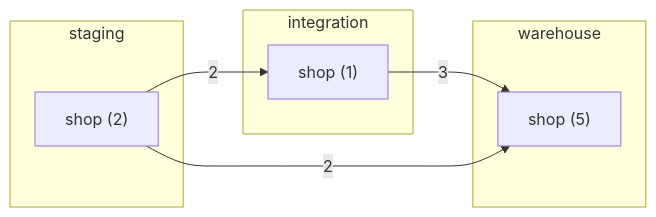
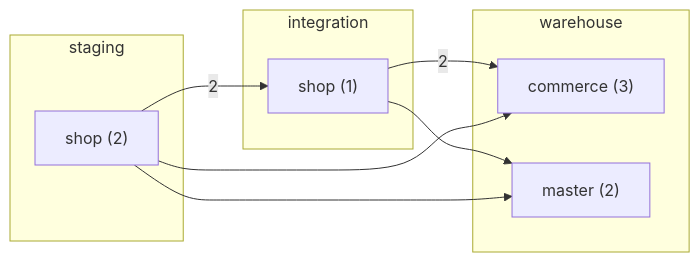
The first of 4 diagrams in docs/example/lineage.md (sav-sus/Hunter), drawn with Mermaid before and after one commit. The commit also changed other lines of this file and 130 other files, not shown here.

First line of the commit message:
Add the roadmap, verified status, layer discovery and Pages publishing

````diff
--- a/docs/example/lineage.md
+++ b/docs/example/lineage.md
@@ -5,15 +5,18 @@
 ```mermaid
 flowchart LR
   subgraph staging["staging"]
     staging__shop["shop (2)"]
   end
   subgraph integration["integration"]
     integration__shop["shop (1)"]
   end
   subgraph warehouse["warehouse"]
-    warehouse__shop["shop (5)"]
+    warehouse__commerce["commerce (3)"]
+    warehouse__master["master (2)"]
   end
-  integration__shop -->|3| warehouse__shop
+  integration__shop -->|2| warehouse__commerce
+  integration__shop --> warehouse__master
   staging__shop -->|2| integration__shop
-  staging__shop -->|2| warehouse__shop
+  staging__shop --> warehouse__commerce
+  staging__shop --> warehouse__master
 ```
````
